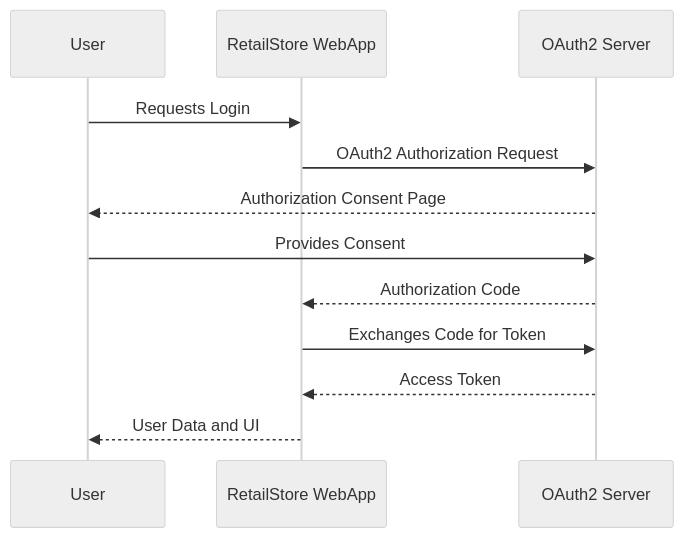
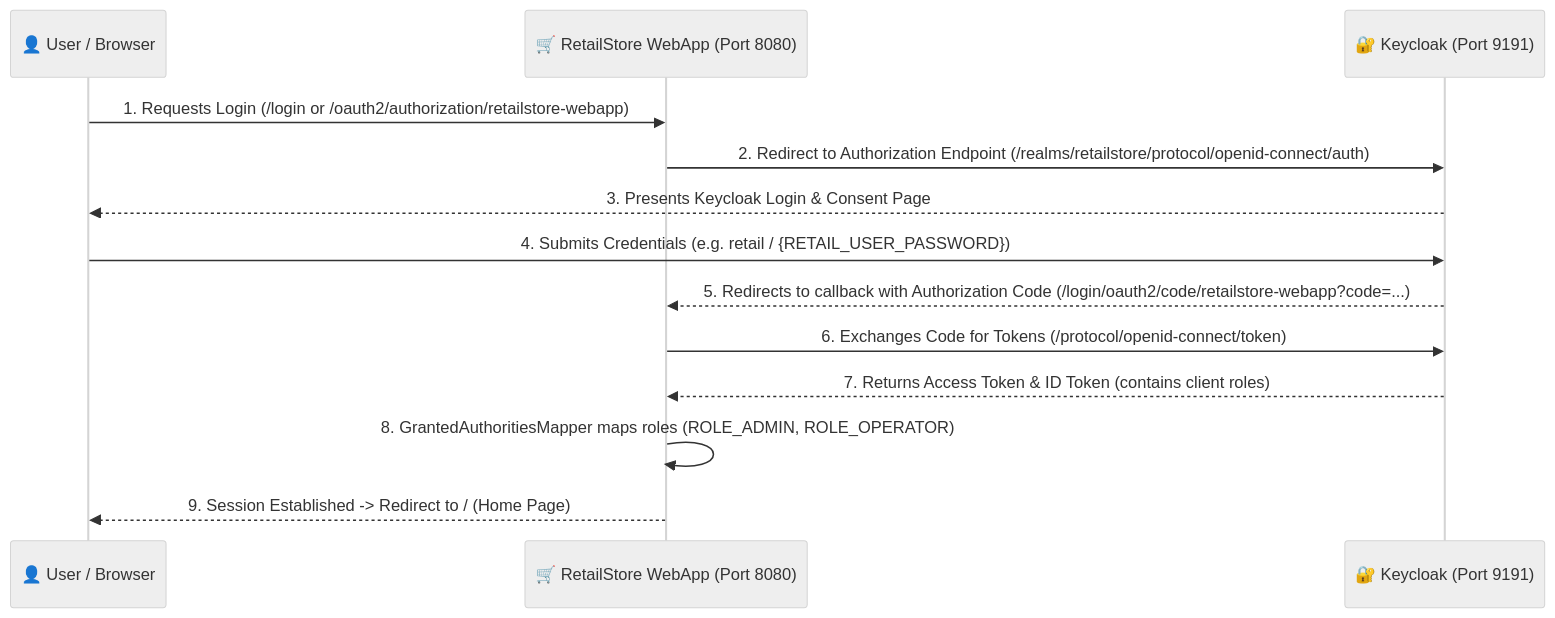
Before and after one commit to rajadilipkolli/spring-boot-microservices-series-v2: the diagram in retail-store-webapp/ReadMe.md, drawn with Mermaid (neutral theme). The commit also changed other lines of this file and 51 other files, not shown here.

````diff
--- a/retail-store-webapp/ReadMe.md
+++ b/retail-store-webapp/ReadMe.md
@@ -101,15 +126,16 @@
 ```mermaid
 sequenceDiagram
-    participant User as User
-    participant WebApp as RetailStore WebApp
-    participant AuthServer as OAuth2 Server
+    participant User as 👤 User / Browser
+    participant WebApp as 🛒 RetailStore WebApp (Port 8080)
+    participant Keycloak as 🔐 Keycloak (Port 9191)
 
-    User->>WebApp: Requests Login
-    WebApp->>AuthServer: OAuth2 Authorization Request
-    AuthServer-->>User: Authorization Consent Page
-    User->>AuthServer: Provides Consent
-    AuthServer-->>WebApp: Authorization Code
-    WebApp->>AuthServer: Exchanges Code for Token
-    AuthServer-->>WebApp: Access Token
-    WebApp-->>User: User Data and UI
+    User->>WebApp: 1. Requests Login (/login or /oauth2/authorization/retailstore-webapp)
+    WebApp->>Keycloak: 2. Redirect to Authorization Endpoint (/realms/retailstore/protocol/openid-connect/auth)
+    Keycloak-->>User: 3. Presents Keycloak Login & Consent Page
+    User->>Keycloak: 4. Submits Credentials (e.g. retail / {RETAIL_USER_PASSWORD})
+    Keycloak-->>WebApp: 5. Redirects to callback with Authorization Code (/login/oauth2/code/retailstore-webapp?code=...)
+    WebApp->>Keycloak: 6. Exchanges Code for Tokens (/protocol/openid-connect/token)
+    Keycloak-->>WebApp: 7. Returns Access Token & ID Token (contains client roles)
+    WebApp->>WebApp: 8. GrantedAuthoritiesMapper maps roles (ROLE_ADMIN, ROLE_OPERATOR)
+    WebApp-->>User: 9. Session Established -> Redirect to / (Home Page)
 ```
````
